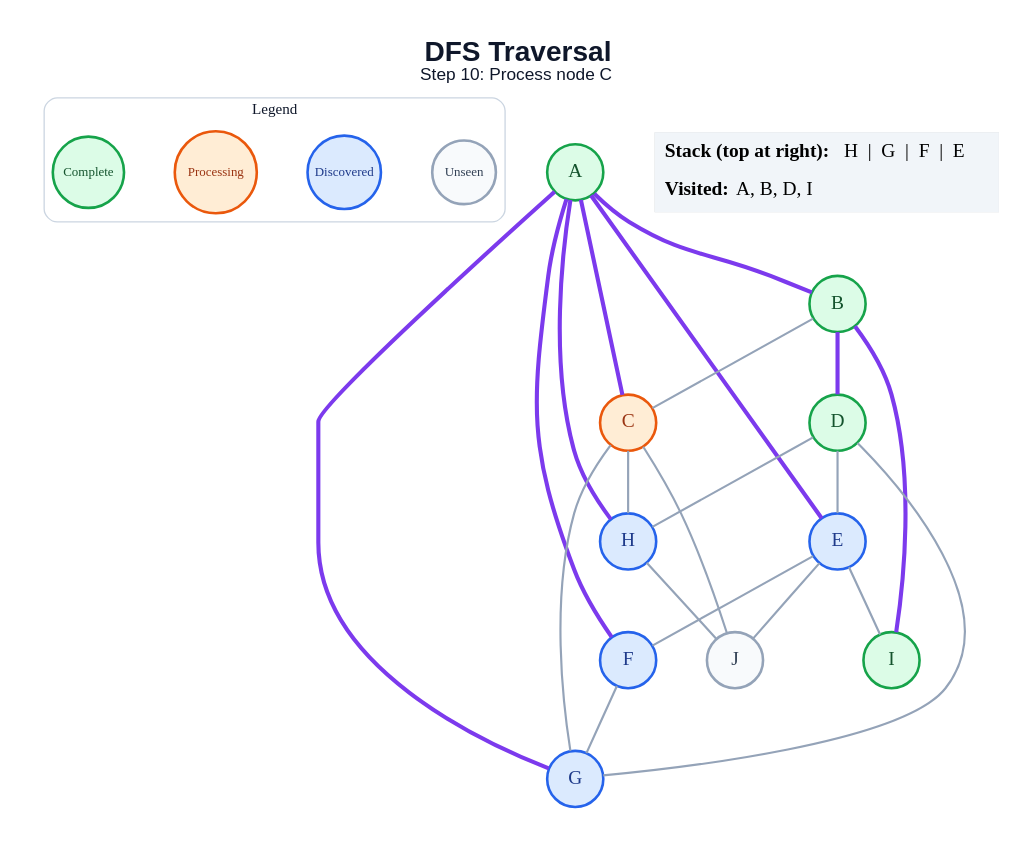
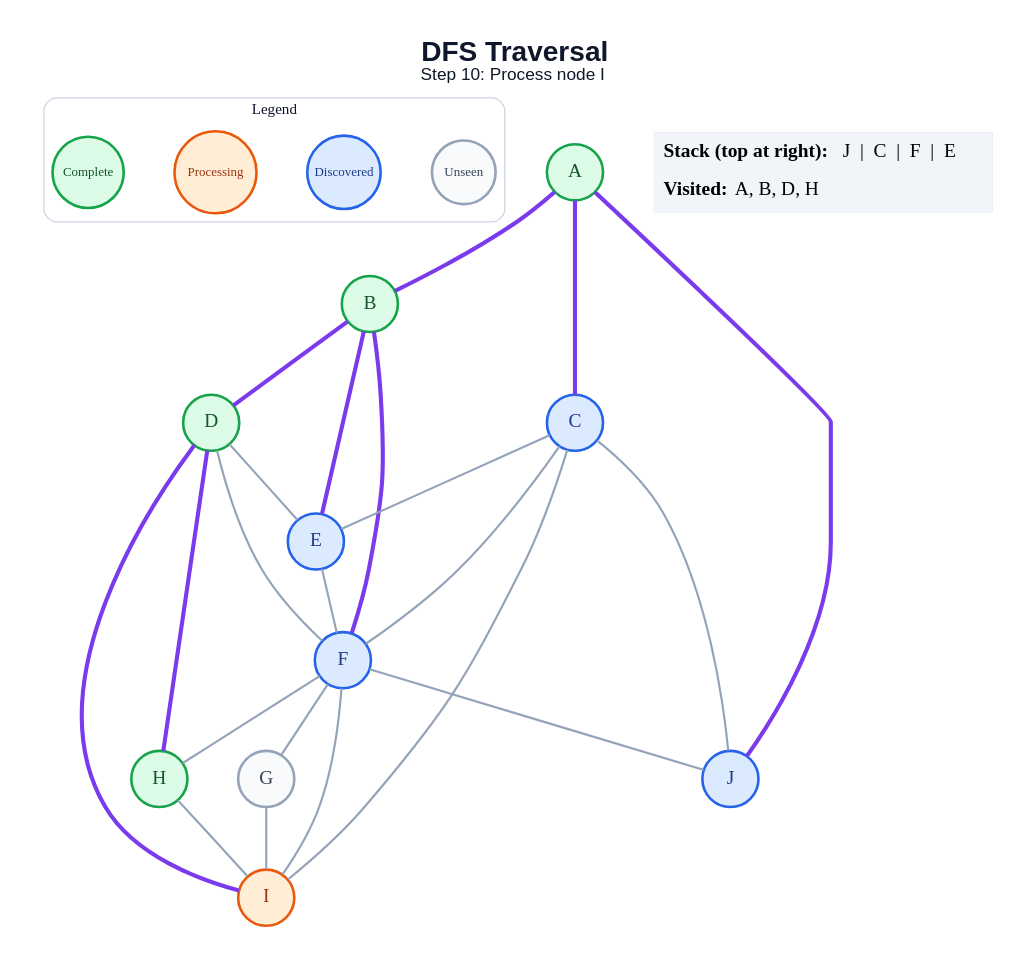
The diagram in generated/dfs/step_10.dot (amanghodawala9/ai-slop), drawn with Graphviz before and after one commit. The commit also changed 178 other files, not shown here.

```diff
--- a/generated/dfs/step_10.dot
+++ b/generated/dfs/step_10.dot
@@ -1,49 +1,50 @@
 graph traversal {
   graph [layout=dot, rankdir=TB, bgcolor="#FFFFFF", pad="0.35", nodesep="0.65", ranksep="0.8", fontname="Arial"];
   node [shape=circle, style="filled", fontname="Arial Bold", fontsize=18, width=0.72, fixedsize=true, penwidth=2.4];
   edge [color="#94A3B8", penwidth=2.0];
-  label=<<B>DFS Traversal</B><BR/><FONT POINT-SIZE="16">Step 10: Process node C</FONT>>; labelloc="t"; fontsize=26; fontname="Arial"; fontcolor="#0F172A";
+  label=<<B>DFS Traversal</B><BR/><FONT POINT-SIZE="16">Step 10: Process node I</FONT>>; labelloc="t"; fontsize=26; fontname="Arial"; fontcolor="#0F172A";
   subgraph cluster_legend { label="Legend"; color="#CBD5E1"; penwidth=1.2; style="rounded"; fontsize=14; fontname="Arial Bold";
     key_unseen [label="Unseen", fillcolor="#F8FAFC", color="#94A3B8", fontcolor="#334155", fontsize=12, width=0.82];
     key_frontier [label="Discovered", fillcolor="#DBEAFE", color="#2563EB", fontcolor="#1E3A8A", fontsize=12, width=0.95];
     key_current [label="Processing", fillcolor="#FFEDD5", color="#EA580C", fontcolor="#9A3412", fontsize=12, width=1.05];
     key_done [label="Complete", fillcolor="#DCFCE7", color="#16A34A", fontcolor="#14532D", fontsize=12, width=0.92];
     { rank=same; key_unseen; key_frontier; key_current; key_done; }
   }
   A [fillcolor="#DCFCE7", color="#16A34A", fontcolor="#14532D"];
   B [fillcolor="#DCFCE7", color="#16A34A", fontcolor="#14532D"];
-  C [fillcolor="#FFEDD5", color="#EA580C", fontcolor="#9A3412"];
+  C [fillcolor="#DBEAFE", color="#2563EB", fontcolor="#1E3A8A"];
   D [fillcolor="#DCFCE7", color="#16A34A", fontcolor="#14532D"];
   E [fillcolor="#DBEAFE", color="#2563EB", fontcolor="#1E3A8A"];
   F [fillcolor="#DBEAFE", color="#2563EB", fontcolor="#1E3A8A"];
-  G [fillcolor="#DBEAFE", color="#2563EB", fontcolor="#1E3A8A"];
-  H [fillcolor="#DBEAFE", color="#2563EB", fontcolor="#1E3A8A"];
-  I [fillcolor="#DCFCE7", color="#16A34A", fontcolor="#14532D"];
-  J [fillcolor="#F8FAFC", color="#94A3B8", fontcolor="#334155"];
+  G [fillcolor="#F8FAFC", color="#94A3B8", fontcolor="#334155"];
+  H [fillcolor="#DCFCE7", color="#16A34A", fontcolor="#14532D"];
+  I [fillcolor="#FFEDD5", color="#EA580C", fontcolor="#9A3412"];
+  J [fillcolor="#DBEAFE", color="#2563EB", fontcolor="#1E3A8A"];
   A -- B [color="#7C3AED", penwidth=3.8];
   A -- C [color="#7C3AED", penwidth=3.8];
-  A -- E [color="#7C3AED", penwidth=3.8];
-  A -- F [color="#7C3AED", penwidth=3.8];
-  A -- G [color="#7C3AED", penwidth=3.8];
-  A -- H [color="#7C3AED", penwidth=3.8];
-  B -- C;
+  A -- J [color="#7C3AED", penwidth=3.8];
   B -- D [color="#7C3AED", penwidth=3.8];
-  B -- I [color="#7C3AED", penwidth=3.8];
-  C -- G;
-  C -- H;
+  B -- E [color="#7C3AED", penwidth=3.8];
+  B -- F [color="#7C3AED", penwidth=3.8];
+  C -- E;
+  C -- F;
+  C -- I;
   C -- J;
   D -- E;
-  D -- G;
-  D -- H;
+  D -- F;
+  D -- H [color="#7C3AED", penwidth=3.8];
+  D -- I [color="#7C3AED", penwidth=3.8];
   E -- F;
-  E -- I;
-  E -- J;
   F -- G;
-  H -- J;
+  F -- H;
+  F -- I;
+  F -- J;
+  G -- I;
+  H -- I;
   status [shape=plain, fixedsize=false, width=0, height=0, margin=0, label=<
     <TABLE BORDER="0" CELLBORDER="0" CELLPADDING="7" BGCOLOR="#F1F5F9">
-      <TR><TD ALIGN="LEFT"><B>Stack (top at right):</B> H  |  G  |  F  |  E</TD></TR>
-      <TR><TD ALIGN="LEFT"><B>Visited:</B> A, B, D, I</TD></TR>
+      <TR><TD ALIGN="LEFT"><B>Stack (top at right):</B> J  |  C  |  F  |  E</TD></TR>
+      <TR><TD ALIGN="LEFT"><B>Visited:</B> A, B, D, H</TD></TR>
     </TABLE>
   >];
 }
```
